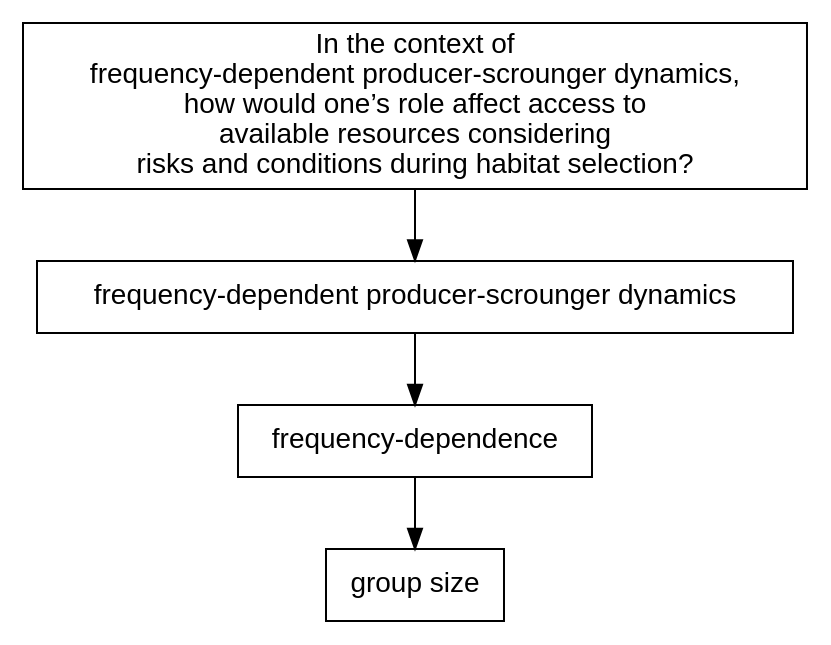
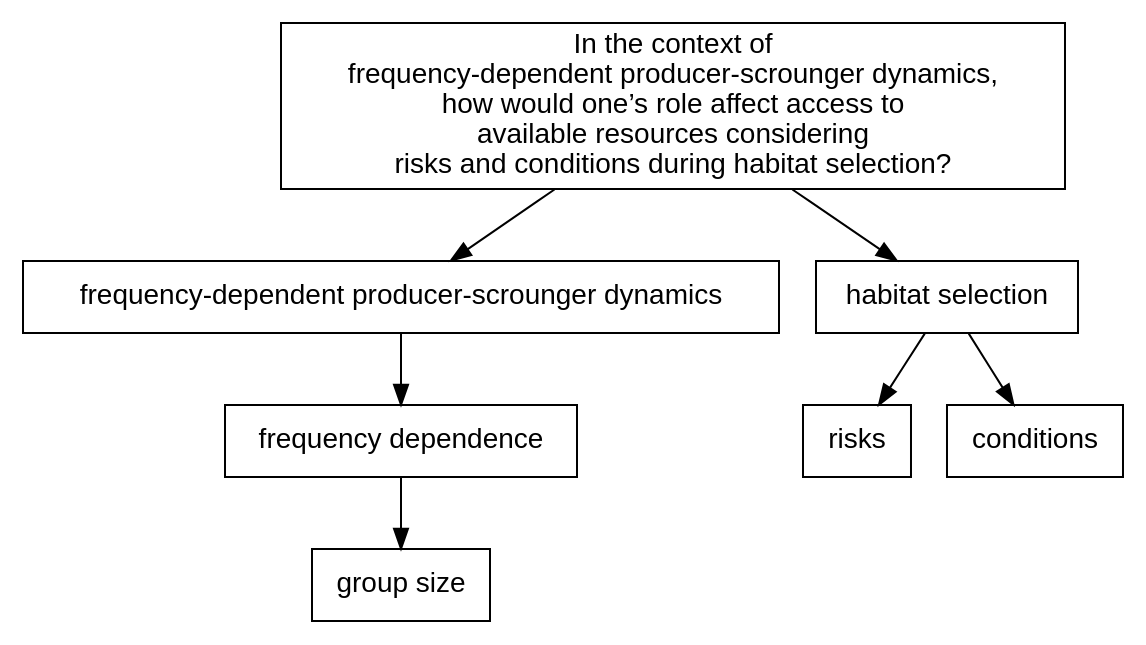
One commit to robitalec/comprehensive-exam changed the diagram in gv/term-cloud.gv. Above: the diagram before and after it, drawn with Graphviz.

Commit message:
sections

```diff
--- a/gv/term-cloud.gv
+++ b/gv/term-cloud.gv
@@ -1,20 +1,34 @@
 digraph why_space_use {
 
   graph [fontsize = 12]
 
 	node [shape = box, fontname = Helvetica]
 
-
+	// Topic
 	topic [label = "In the context of \n frequency-dependent producer-scrounger dynamics, \n how would one&rsquo;s role affect access to \n available resources considering \n risks and conditions during habitat selection?"]
 
+
+
+	// Level 1 terms
 	freq_psd [label = "frequency-dependent producer-scrounger dynamics"]
-	freq [label = "frequency-dependence"]
+	hab_sel [label = "habitat selection"]
+
+	// Level 2 terms
+	freq [label = "frequency dependence"]
+	risks
+	conditions
+
+	// Level 3 terms
 	grp_size [label = "group size"]
 
-	topic -> freq_psd
+
+
+	// Relationships
+	topic -> {freq_psd, hab_sel}
 
 	freq_psd -> freq
+	hab_sel -> {risks, conditions}
 
 	freq -> grp_size
 
 }
```
